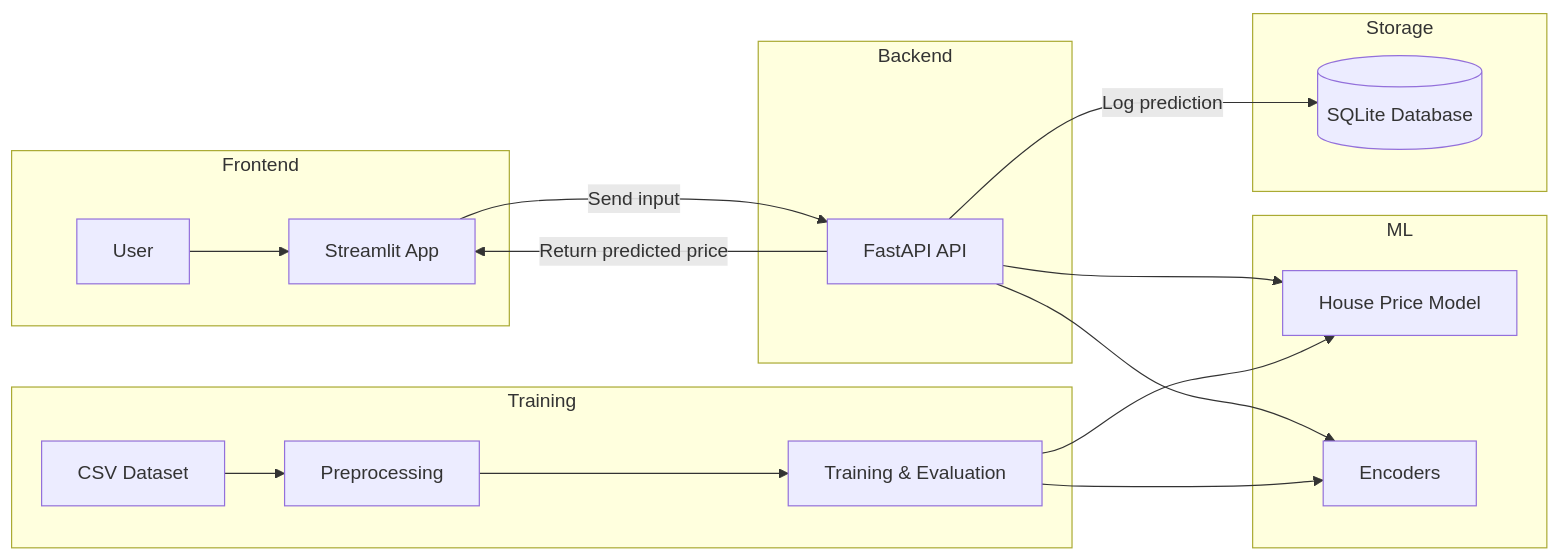
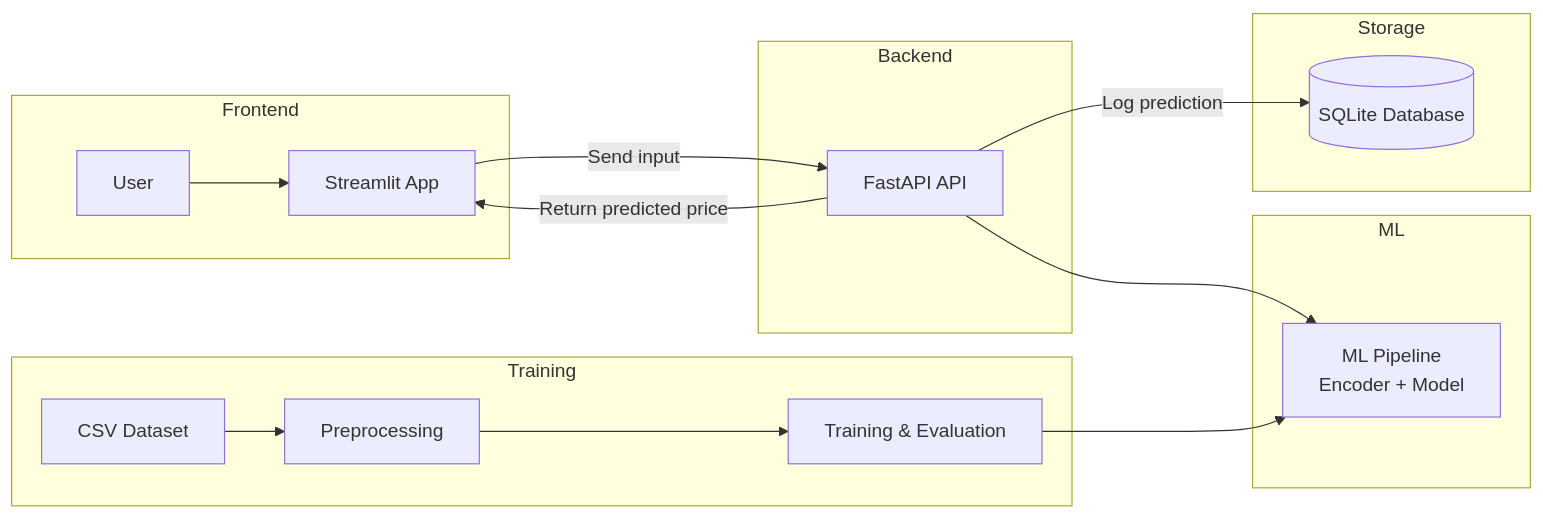
One commit to AdItyAsIngh1800/house-price-prediction changed the diagram in README.md. Above: the diagram before and after it, drawn with Mermaid. The commit also changed other lines of this file and 4 other files, not shown here.

````diff
--- a/README.md
+++ b/README.md
@@ -163,72 +288,34 @@
- ```mermaid
-
+```mermaid
 flowchart LR
 
-  
-
 subgraph Frontend
-
 U[User]
-
 S[Streamlit App]
-
 end
 
-  
-
 subgraph Backend
-
 A[FastAPI API]
-
 end
 
-  
-
 subgraph ML
-
-M[House Price Model]
-
-E[Encoders]
-
+P[ML Pipeline<br/>Encoder + Model]
 end
 
-  
-
 subgraph Storage
-
 D[(SQLite Database)]
-
 end
 
-  
-
 subgraph Training
-
 C[CSV Dataset]
-
-P[Preprocessing]
-
+P2[Preprocessing]
 T[Training & Evaluation]
-
 end
 
-  
-
 U --> S
-
 S -->|Send input| A
-
-A --> M
-
-A --> E
-
+A --> P
 A -->|Log prediction| D
-
 A -->|Return predicted price| S
 
-  
-
-C --> P --> T --> M
-
-T --> E
+C --> P2 --> T --> P
 ```
````
